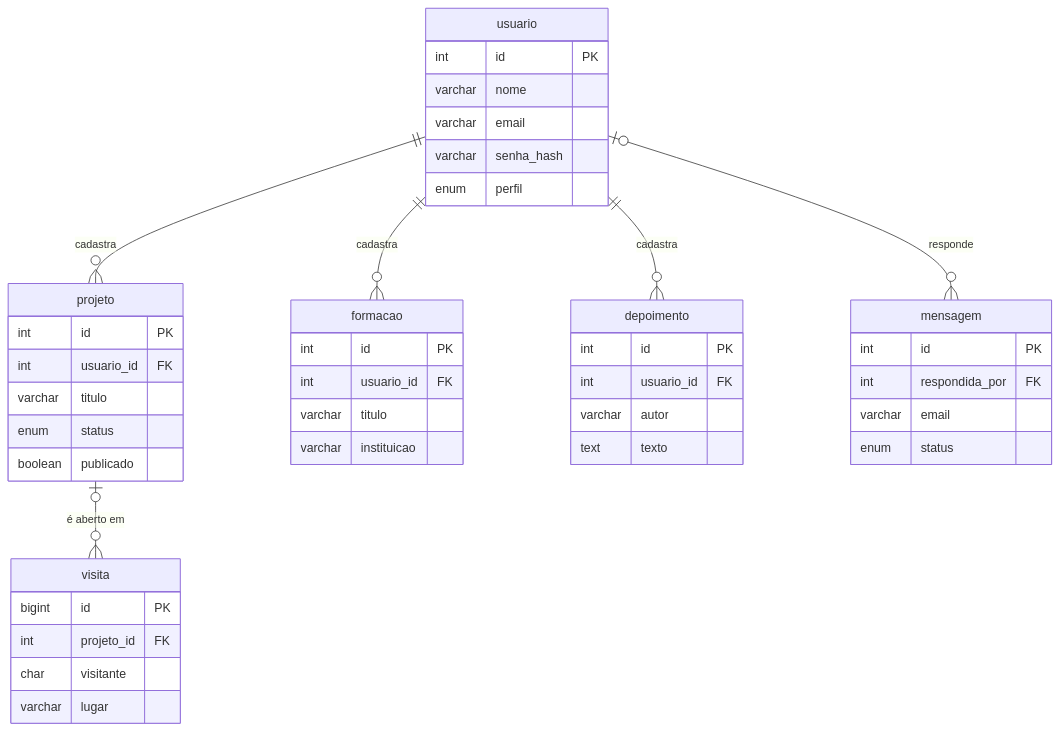
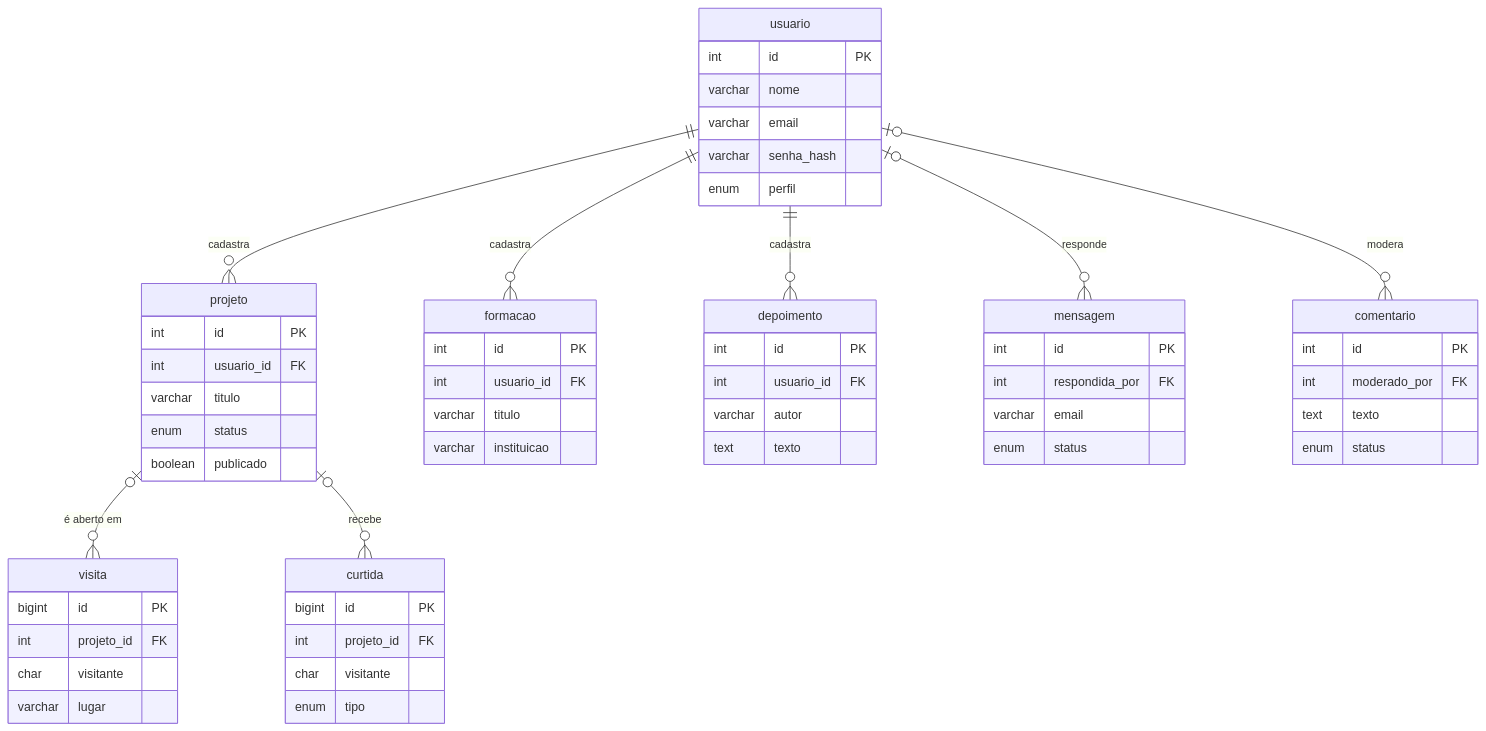
The diagram in docs/BANCO-DE-DADOS.md (GabriellaCMaciel/mundo-swarttz), drawn with Mermaid before and after one commit. The commit also changed other lines of this file, not shown here.

````diff
--- a/docs/BANCO-DE-DADOS.md
+++ b/docs/BANCO-DE-DADOS.md
@@ -70,47 +84,61 @@
 ```mermaid
 erDiagram
     usuario ||--o{ projeto : "cadastra"
     usuario ||--o{ formacao : "cadastra"
     usuario ||--o{ depoimento : "cadastra"
     usuario |o--o{ mensagem : "responde"
     projeto |o--o{ visita : "é aberto em"
+    projeto |o--o{ curtida : "recebe"
+    usuario |o--o{ comentario : "modera"
 
     usuario {
         int id PK
         varchar nome
         varchar email
         varchar senha_hash
         enum perfil
     }
     projeto {
         int id PK
         int usuario_id FK
         varchar titulo
         enum status
         boolean publicado
     }
     formacao {
         int id PK
         int usuario_id FK
         varchar titulo
         varchar instituicao
     }
     depoimento {
         int id PK
         int usuario_id FK
         varchar autor
         text texto
     }
     mensagem {
         int id PK
         int respondida_por FK
         varchar email
         enum status
     }
     visita {
         bigint id PK
         int projeto_id FK
         char visitante
         varchar lugar
     }
+    curtida {
+        bigint id PK
+        int projeto_id FK
+        char visitante
+        enum tipo
+    }
+    comentario {
+        int id PK
+        int moderado_por FK
+        text texto
+        enum status
+    }
 ```
````
